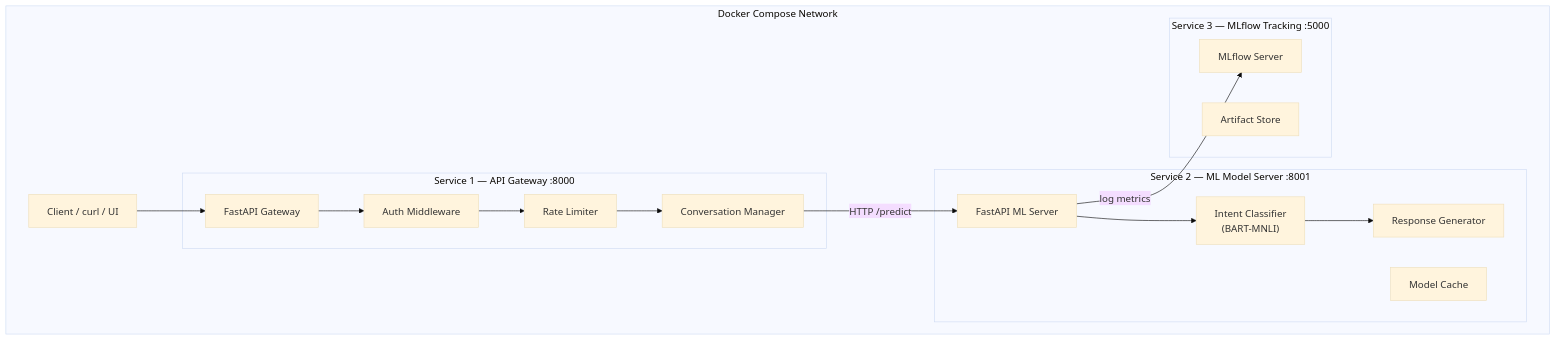
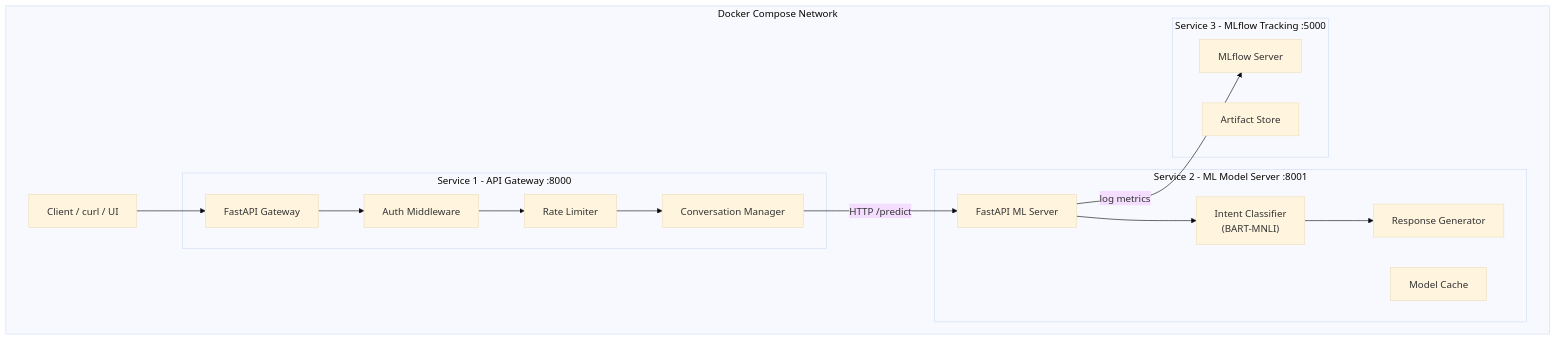
Before and after one commit to divyprj/BYOAI: the diagram in README.md, drawn with Mermaid (base theme). The commit also changed other lines of this file and 11 other files, not shown here.

````diff
--- a/README.md
+++ b/README.md
@@ -56,32 +56,32 @@
 ```mermaid
 graph TB
     subgraph "Docker Compose Network"
         Client["Client / curl / UI"]
         
-        subgraph "Service 1 — API Gateway :8000"
+        subgraph "Service 1 - API Gateway :8000"
             GW["FastAPI Gateway"]
             Auth["Auth Middleware"]
             RateLimit["Rate Limiter"]
             ConvMgr["Conversation Manager"]
         end
 
-        subgraph "Service 2 — ML Model Server :8001"
+        subgraph "Service 2 - ML Model Server :8001"
             ML["FastAPI ML Server"]
             IntentClassifier["Intent Classifier<br/>(BART-MNLI)"]
             ResponseGen["Response Generator"]
             ModelCache["Model Cache"]
         end
 
-        subgraph "Service 3 — MLflow Tracking :5000"
+        subgraph "Service 3 - MLflow Tracking :5000"
             MLflow["MLflow Server"]
             ArtifactStore["Artifact Store"]
         end
 
         Client --> GW
         GW --> Auth --> RateLimit --> ConvMgr
         ConvMgr -->|"HTTP /predict"| ML
         ML --> IntentClassifier
         IntentClassifier --> ResponseGen
         ML -->|"log metrics"| MLflow
     end
 ```
````
